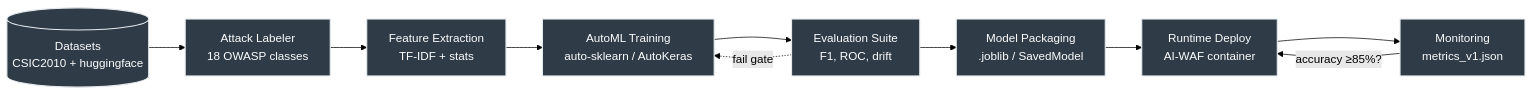
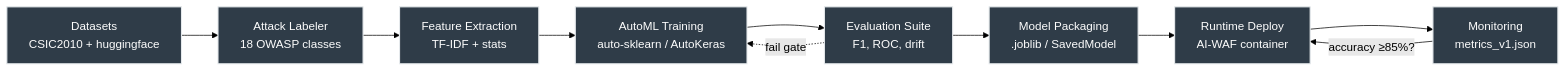
The fifth of 20 diagrams in docs/system_diagrams.md (snchakri/FluxShield), drawn with Mermaid (forest theme) before and after one commit. The commit also changed other lines of this file, not shown here.

````diff
--- a/docs/system_diagrams.md
+++ b/docs/system_diagrams.md
@@ -194,19 +194,19 @@
 ```mermaid
 flowchart LR
   classDef stage fill:#2F3C48,stroke:#E5E9EC,color:#FDFDFD,stroke-width:1.5;
   classDef metric fill:#F5A623,stroke:#0B1F2A,color:#0B1F2A,stroke-width:1.5;
 
-  DS[(Datasets\nCSIC2010 + huggingface)]
-  FE[Feature Extraction\nTF-IDF + stats]
-  ALBL[Attack Labeler\n18 OWASP classes]
-  AUTO[AutoML Training\nauto-sklearn / AutoKeras]
-  EVAL[Evaluation Suite\nF1, ROC, drift]
-  PKG[Model Packaging\n.joblib / SavedModel]
-  DEP[Runtime Deploy\nAI-WAF container]
-  MON[Monitoring\nmetrics_v1.json]
+  DS["Datasets<br/>CSIC2010 + huggingface"]
+  FE["Feature Extraction<br/>TF-IDF + stats"]
+  ALBL["Attack Labeler<br/>18 OWASP classes"]
+  AUTO["AutoML Training<br/>auto-sklearn / AutoKeras"]
+  EVAL["Evaluation Suite<br/>F1, ROC, drift"]
+  PKG["Model Packaging<br/>.joblib / SavedModel"]
+  DEP["Runtime Deploy<br/>AI-WAF container"]
+  MON["Monitoring<br/>metrics_v1.json"]
 
   DS --> ALBL --> FE --> AUTO --> EVAL --> PKG --> DEP --> MON
   MON -->|accuracy ≥85%?| DEP
   EVAL -.->|fail gate| AUTO
   class DS,FE,ALBL,AUTO,EVAL,PKG,DEP,MON stage;
 ```
````
